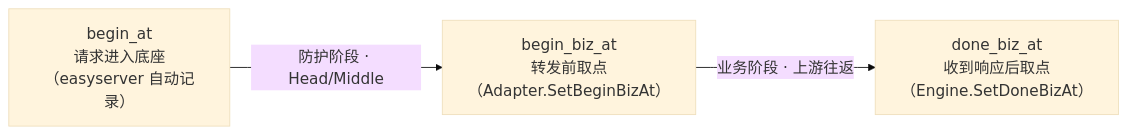
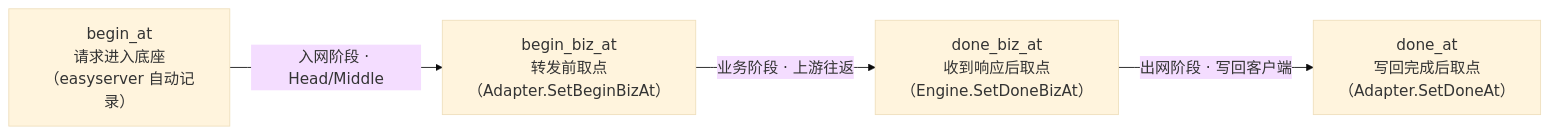
One commit to iotames/rocksys changed the second of 2 diagrams in docs/HTTP_DATAFLOW.md. Above: the diagram before and after it, drawn with Mermaid. The commit also changed other lines of this file and 25 other files, not shown here.

````diff
--- a/docs/HTTP_DATAFLOW.md
+++ b/docs/HTTP_DATAFLOW.md
@@ -117,6 +119,7 @@
 ```mermaid
 %%{init: {"theme": "base", "themeVariables": {"fontSize": "18px", "fontFamily": "\"Microsoft YaHei\", \"PingFang SC\", \"Noto Sans CJK SC\", sans-serif"}}}%%
 flowchart LR
-    A["begin_at<br/>请求进入底座<br/>（easyserver 自动记录）"] -->|防护阶段 · Head/Middle| B["begin_biz_at<br/>转发前取点<br/>（Adapter.SetBeginBizAt）"]
+    A["begin_at<br/>请求进入底座<br/>（easyserver 自动记录）"] -->|入网阶段 · Head/Middle| B["begin_biz_at<br/>转发前取点<br/>（Adapter.SetBeginBizAt）"]
     B -->|业务阶段 · 上游往返| C["done_biz_at<br/>收到响应后取点<br/>（Engine.SetDoneBizAt）"]
+    C -->|出网阶段 · 写回客户端| D["done_at<br/>写回完成后取点<br/>（Adapter.SetDoneAt）"]
 ```
````
